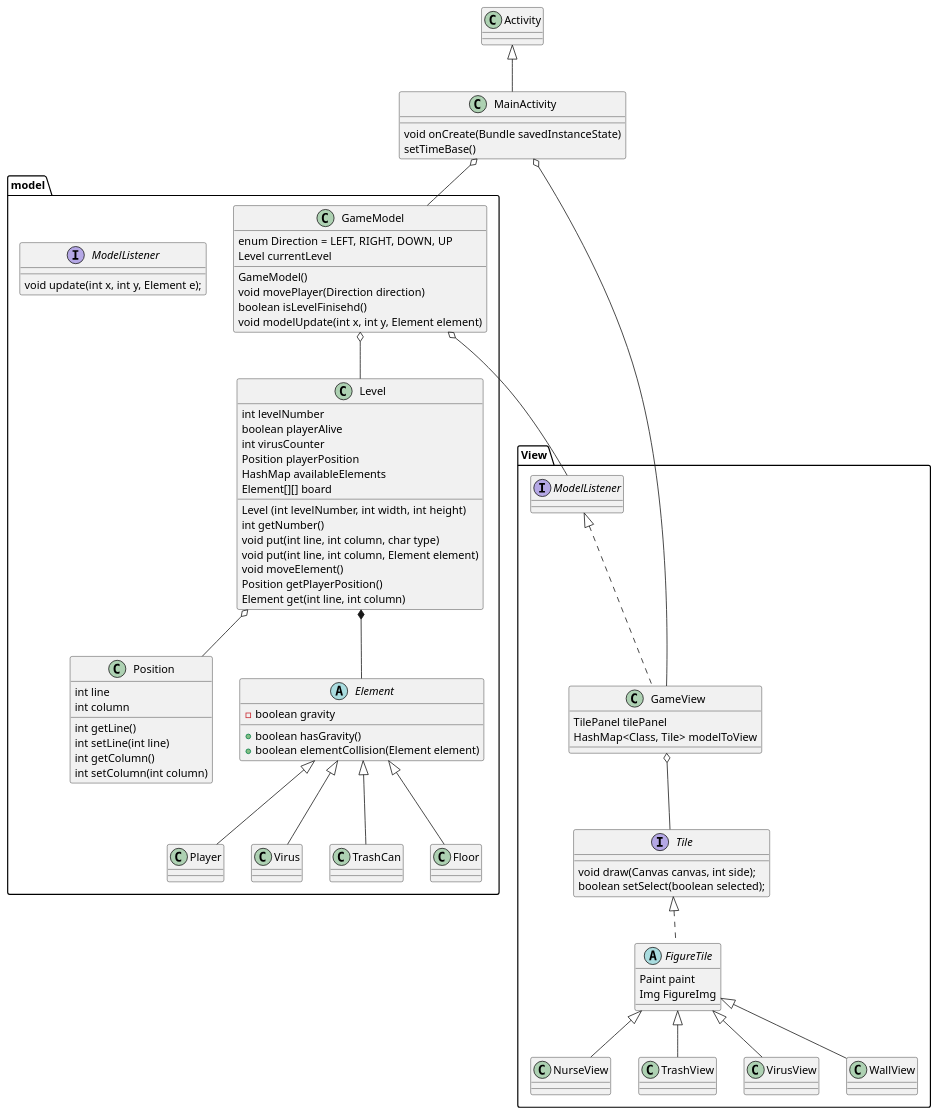
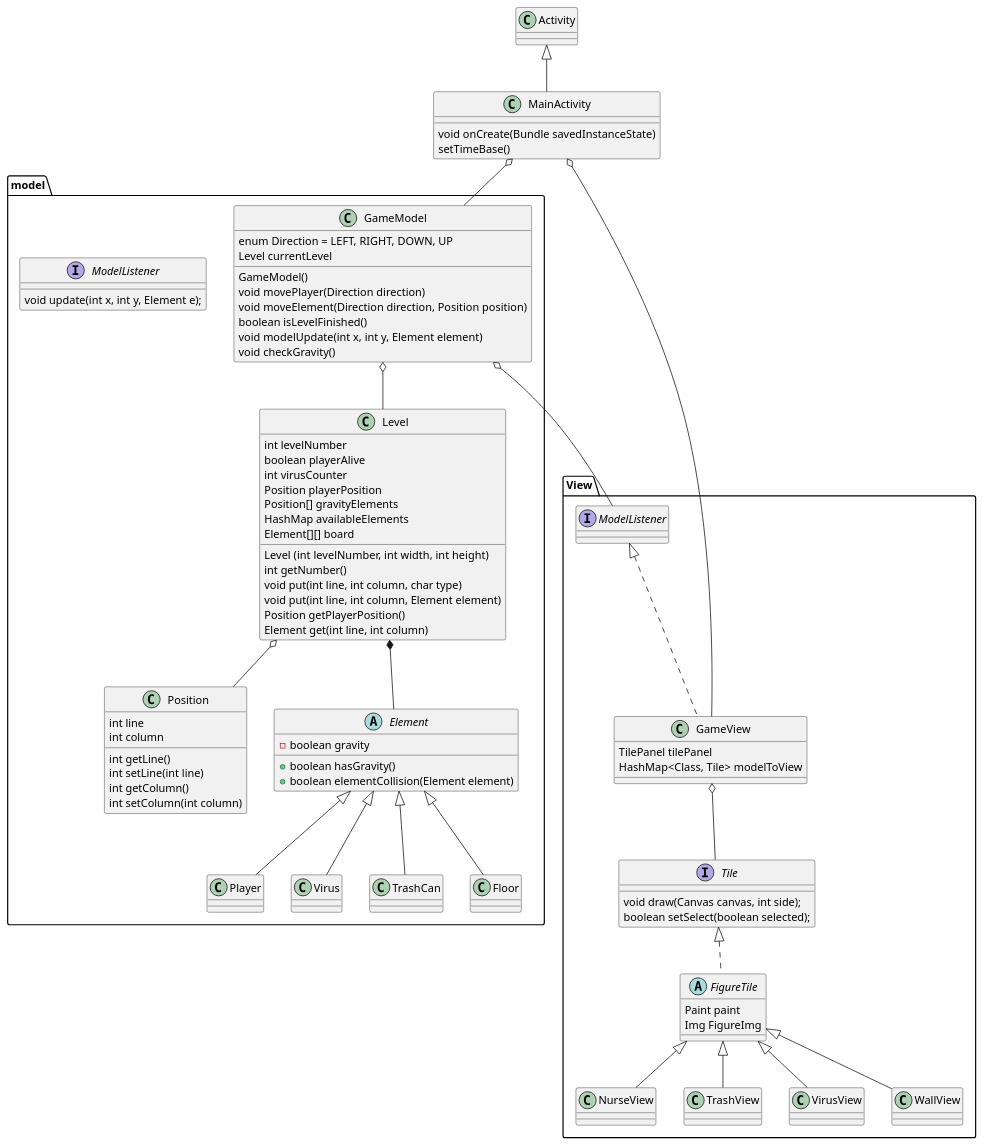
One commit to Celthund/OOP-Serie3 changed the diagram in covid.puml. Above: the diagram before and after it, drawn with PlantUML.

Commit message:
Changed uml

```diff
--- a/covid.puml
+++ b/covid.puml
@@ -1,95 +1,97 @@
 @startuml
 
 
 
 class MainActivity extends Activity{
     void onCreate(Bundle savedInstanceState)
     setTimeBase()
 }
 
 package View {
     MainActivity o-- GameView
     GameView o-- Tile
     interface Tile {
         void draw(Canvas canvas, int side);
         boolean setSelect(boolean selected);
     }
     abstract class FigureTile implements Tile {
         Paint paint
         Img FigureImg
     }
     class GameView implements ModelListener {
         TilePanel tilePanel
         HashMap<Class, Tile> modelToView
     }
     class NurseView extends FigureTile
     class TrashView extends FigureTile
     class VirusView extends FigureTile
     class WallView extends FigureTile
 }
 
 package model {
 
     MainActivity o-- GameModel
     GameModel o-- Level
     GameModel o-- ModelListener
     Level o-- Position
     Level *-- Element
 
     interface ModelListener {
         void update(int x, int y, Element e);
     }
 
     class Position {
         int line
         int column
         int getLine()
         int setLine(int line)
         int getColumn()
         int setColumn(int column)
     }
 
     class GameModel {
         enum Direction = LEFT, RIGHT, DOWN, UP
         Level currentLevel
         GameModel()
         void movePlayer(Direction direction)
-        boolean isLevelFinisehd()
+        void moveElement(Direction direction, Position position)
+        boolean isLevelFinished()
         void modelUpdate(int x, int y, Element element)
+        void checkGravity()
     }
 
     class Level {
         int levelNumber
         boolean playerAlive
         int virusCounter
         Position playerPosition
+        Position[] gravityElements
         HashMap availableElements
         Element[][] board
         Level (int levelNumber, int width, int height)
         int getNumber()
         void put(int line, int column, char type)
         void put(int line, int column, Element element)
-        void moveElement()
         Position getPlayerPosition()
         Element get(int line, int column)
     }
 
     abstract class Element {
         -boolean gravity
         +boolean hasGravity()
         +boolean elementCollision(Element element)
     }
 
     class Player extends Element{
     }
 
     class Virus extends Element {
     }
 
     class TrashCan extends Element {
     }
 
     class Floor extends Element {
     }
 }
 @enduml
```
